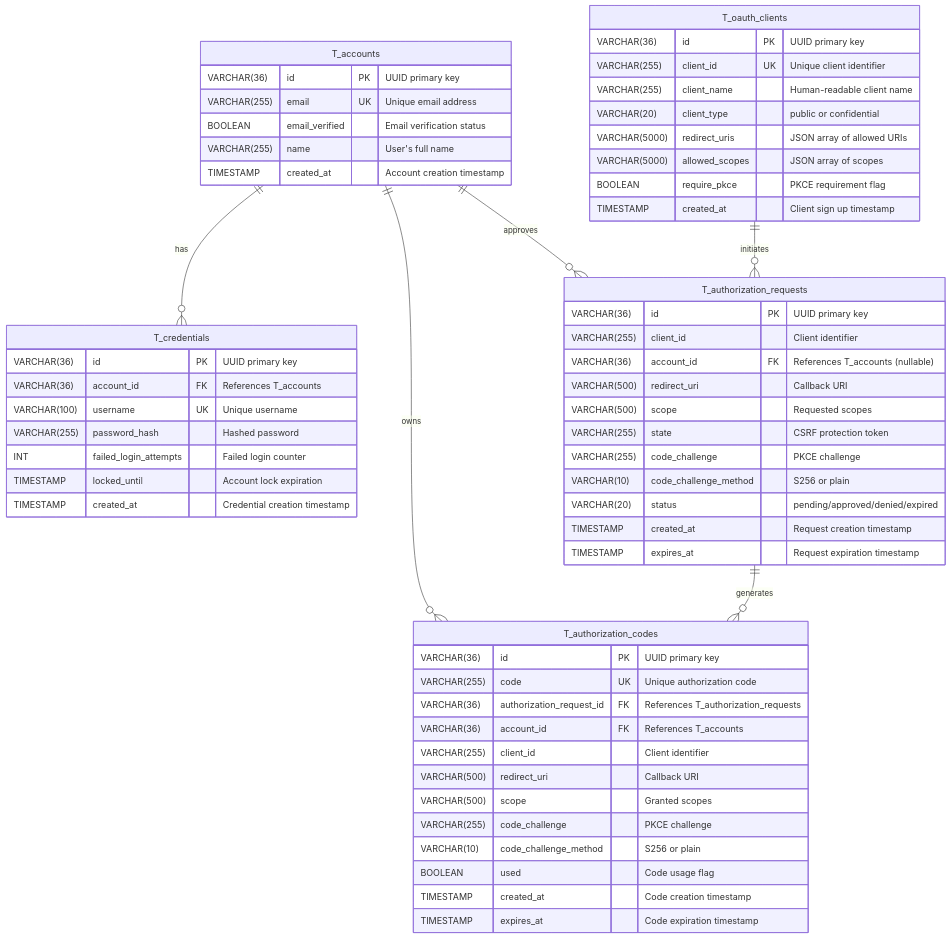
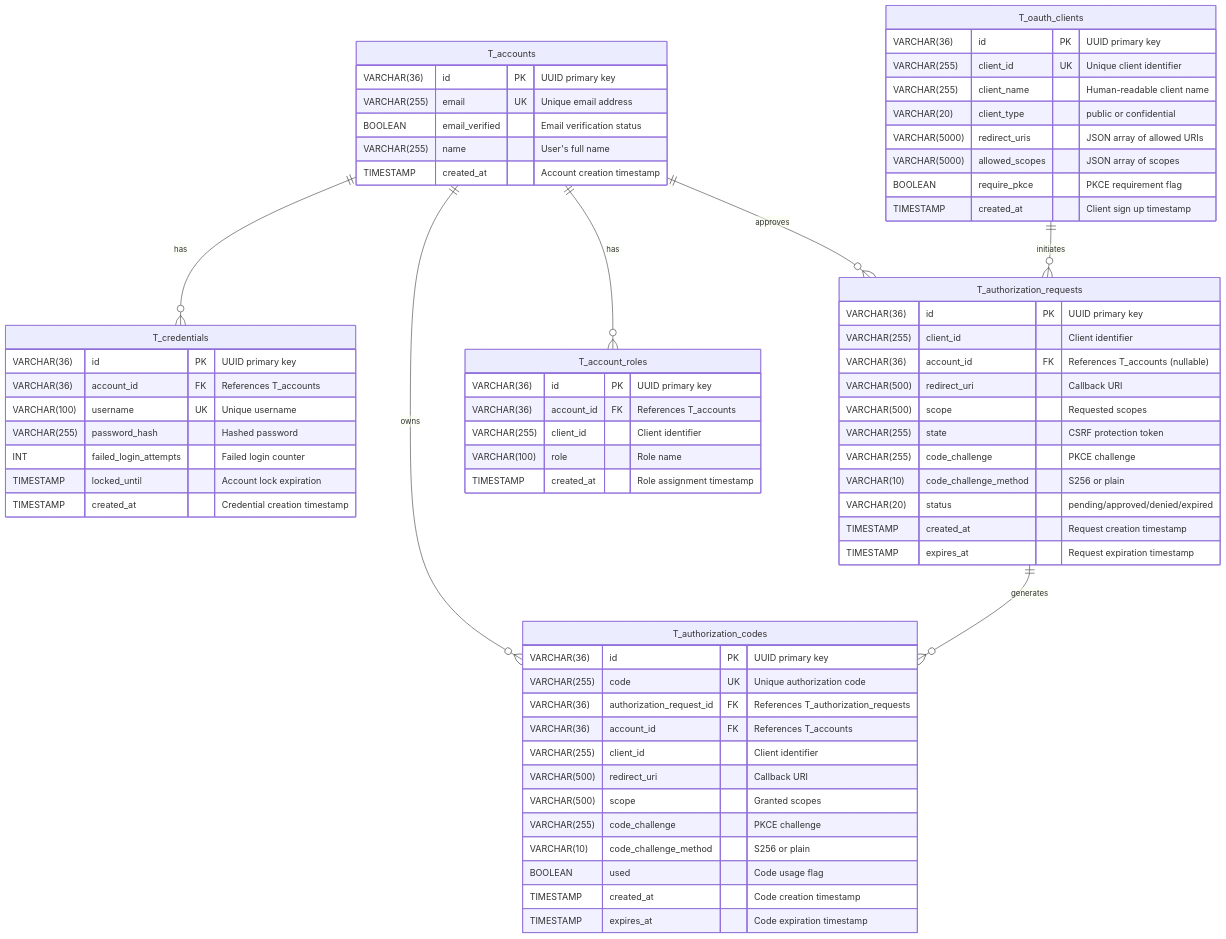
Before and after one commit to abstratium-dev/abstrauth: the diagram in DATABASE.md, drawn with Mermaid. The commit also changed other lines of this file and 27 other files, not shown here.

````diff
--- a/DATABASE.md
+++ b/DATABASE.md
@@ -9,66 +9,75 @@
 ```mermaid
 erDiagram
     T_accounts ||--o{ T_credentials : "has"
     T_accounts ||--o{ T_authorization_codes : "owns"
+    T_accounts ||--o{ T_account_roles : "has"
     T_oauth_clients ||--o{ T_authorization_requests : "initiates"
     T_authorization_requests ||--o{ T_authorization_codes : "generates"
     T_accounts ||--o{ T_authorization_requests : "approves"
 
     T_accounts {
         VARCHAR(36) id PK "UUID primary key"
         VARCHAR(255) email UK "Unique email address"
         BOOLEAN email_verified "Email verification status"
         VARCHAR(255) name "User's full name"
         TIMESTAMP created_at "Account creation timestamp"
     }
 
     T_credentials {
         VARCHAR(36) id PK "UUID primary key"
         VARCHAR(36) account_id FK "References T_accounts"
         VARCHAR(100) username UK "Unique username"
         VARCHAR(255) password_hash "Hashed password"
         INT failed_login_attempts "Failed login counter"
         TIMESTAMP locked_until "Account lock expiration"
         TIMESTAMP created_at "Credential creation timestamp"
     }
 
     T_oauth_clients {
         VARCHAR(36) id PK "UUID primary key"
         VARCHAR(255) client_id UK "Unique client identifier"
         VARCHAR(255) client_name "Human-readable client name"
         VARCHAR(20) client_type "public or confidential"
         VARCHAR(5000) redirect_uris "JSON array of allowed URIs"
         VARCHAR(5000) allowed_scopes "JSON array of scopes"
         BOOLEAN require_pkce "PKCE requirement flag"
         TIMESTAMP created_at "Client sign up timestamp"
     }
 
     T_authorization_requests {
         VARCHAR(36) id PK "UUID primary key"
         VARCHAR(255) client_id "Client identifier"
         VARCHAR(36) account_id FK "References T_accounts (nullable)"
         VARCHAR(500) redirect_uri "Callback URI"
         VARCHAR(500) scope "Requested scopes"
         VARCHAR(255) state "CSRF protection token"
         VARCHAR(255) code_challenge "PKCE challenge"
         VARCHAR(10) code_challenge_method "S256 or plain"
         VARCHAR(20) status "pending/approved/denied/expired"
         TIMESTAMP created_at "Request creation timestamp"
         TIMESTAMP expires_at "Request expiration timestamp"
     }
 
     T_authorization_codes {
         VARCHAR(36) id PK "UUID primary key"
         VARCHAR(255) code UK "Unique authorization code"
         VARCHAR(36) authorization_request_id FK "References T_authorization_requests"
         VARCHAR(36) account_id FK "References T_accounts"
         VARCHAR(255) client_id "Client identifier"
         VARCHAR(500) redirect_uri "Callback URI"
         VARCHAR(500) scope "Granted scopes"
         VARCHAR(255) code_challenge "PKCE challenge"
         VARCHAR(10) code_challenge_method "S256 or plain"
         BOOLEAN used "Code usage flag"
         TIMESTAMP created_at "Code creation timestamp"
         TIMESTAMP expires_at "Code expiration timestamp"
     }
+
+    T_account_roles {
+        VARCHAR(36) id PK "UUID primary key"
+        VARCHAR(36) account_id FK "References T_accounts"
+        VARCHAR(255) client_id "Client identifier"
+        VARCHAR(100) role "Role name"
+        TIMESTAMP created_at "Role assignment timestamp"
+    }
 ```
````
